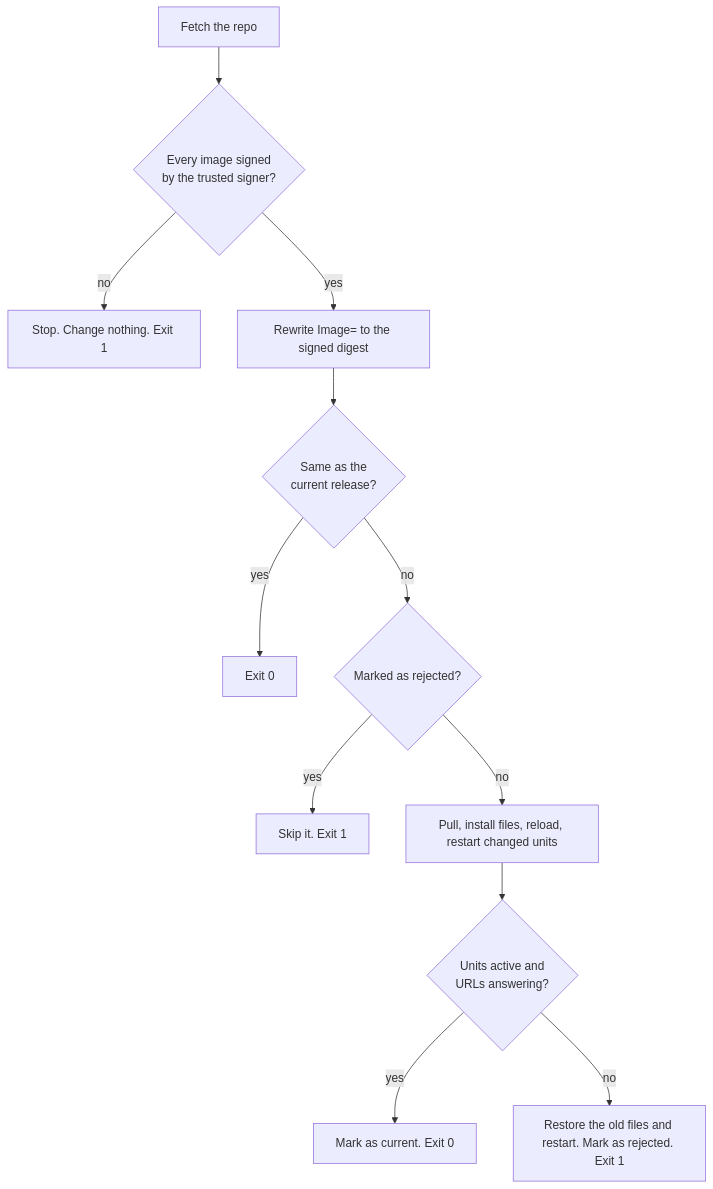
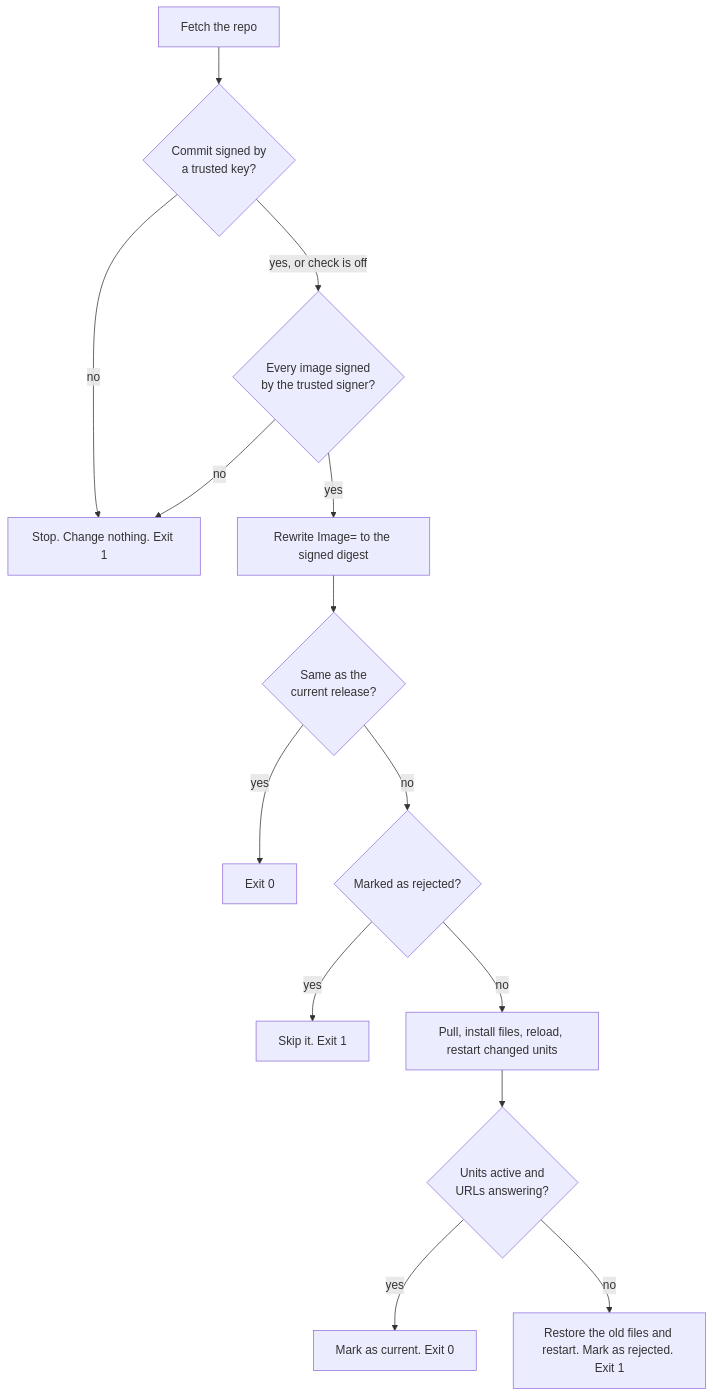
Before and after one commit to abin-m/quaddeploy: the second of 2 diagrams in docs/architecture.md, drawn with Mermaid. The commit also changed other lines of this file and 16 other files, not shown here.

First line of the commit message:
Verify the signature of the config repo's commit

````diff
--- a/docs/architecture.md
+++ b/docs/architecture.md
@@ -29,14 +29,16 @@
 ```mermaid
 flowchart TD
-    fetch[Fetch the repo] --> verify{Every image signed<br>by the trusted signer?}
+    fetch[Fetch the repo] --> commit{Commit signed by<br>a trusted key?}
+    commit -- no --> stop
+    commit -- "yes, or check is off" --> verify{Every image signed<br>by the trusted signer?}
     verify -- no --> stop[Stop. Change nothing. Exit 1]
     verify -- yes --> pin[Rewrite Image= to the signed digest]
     pin --> same{Same as the<br>current release?}
     same -- yes --> noop[Exit 0]
     same -- no --> rejected{Marked as rejected?}
     rejected -- yes --> skip[Skip it. Exit 1]
     rejected -- no --> apply[Pull, install files, reload, restart changed units]
     apply --> healthy{Units active and<br>URLs answering?}
     healthy -- yes --> done[Mark as current. Exit 0]
     healthy -- no --> rollback[Restore the old files and restart. Mark as rejected. Exit 1]
 ```
````
